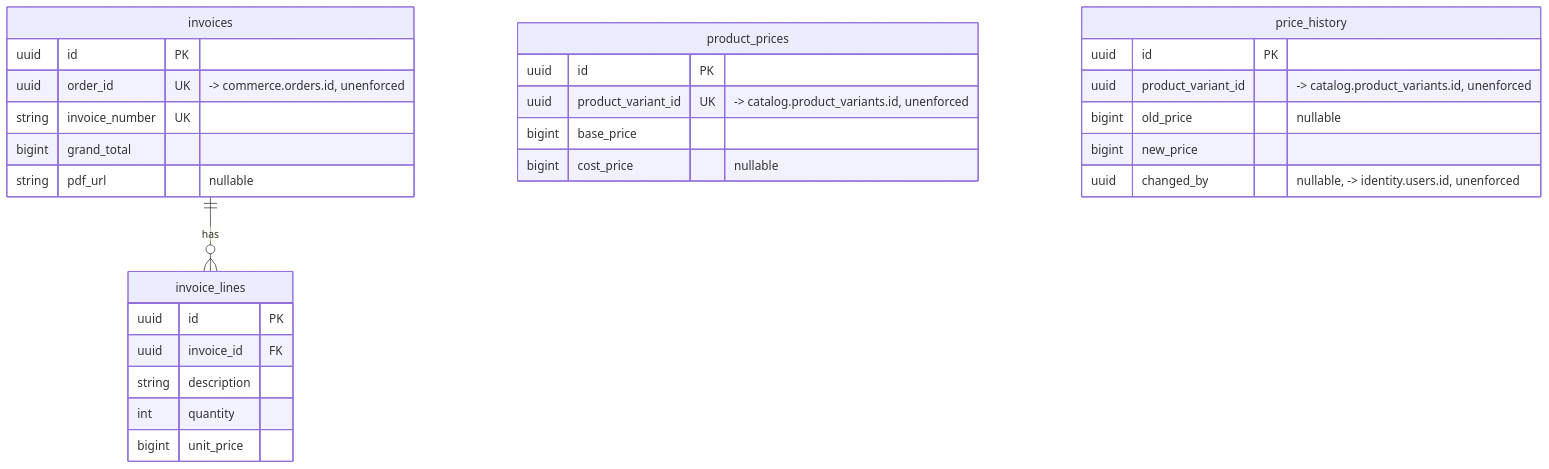
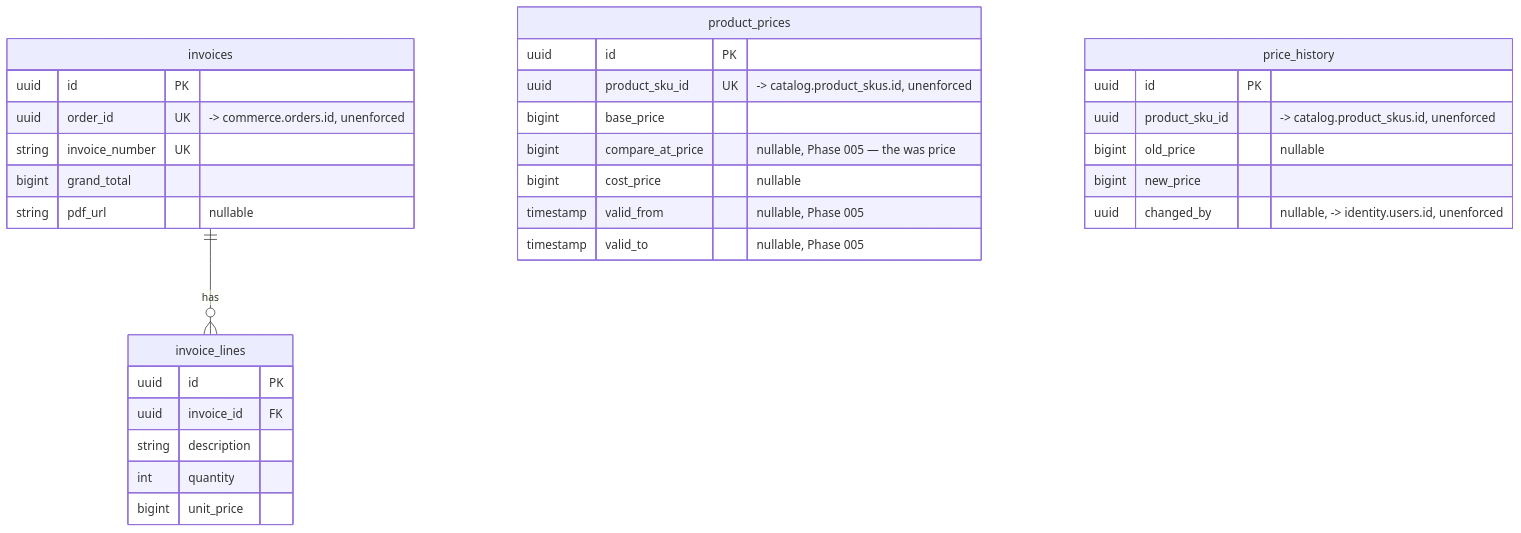
Before and after one commit to HuseinHbz/Didar: the ninth of 12 diagrams in docs/database/erd.md, drawn with Mermaid. The commit also changed other lines of this file and 12 other files, not shown here.

First line of the commit message:
docs(catalog): complete Phase 005 documentation set

````diff
--- a/docs/database/erd.md
+++ b/docs/database/erd.md
@@ -544,32 +599,35 @@
 ```mermaid
 erDiagram
     invoices ||--o{ invoice_lines : has
 
     product_prices {
         uuid id PK
-        uuid product_variant_id UK "-> catalog.product_variants.id, unenforced"
+        uuid product_sku_id UK "-> catalog.product_skus.id, unenforced"
         bigint base_price
+        bigint compare_at_price "nullable, Phase 005 — the was price"
         bigint cost_price "nullable"
+        timestamp valid_from "nullable, Phase 005"
+        timestamp valid_to "nullable, Phase 005"
     }
     price_history {
         uuid id PK
-        uuid product_variant_id "-> catalog.product_variants.id, unenforced"
+        uuid product_sku_id "-> catalog.product_skus.id, unenforced"
         bigint old_price "nullable"
         bigint new_price
         uuid changed_by "nullable, -> identity.users.id, unenforced"
     }
     invoices {
         uuid id PK
         uuid order_id UK "-> commerce.orders.id, unenforced"
         string invoice_number UK
         bigint grand_total
         string pdf_url "nullable"
     }
     invoice_lines {
         uuid id PK
         uuid invoice_id FK
         string description
         int quantity
         bigint unit_price
     }
 ```
````
